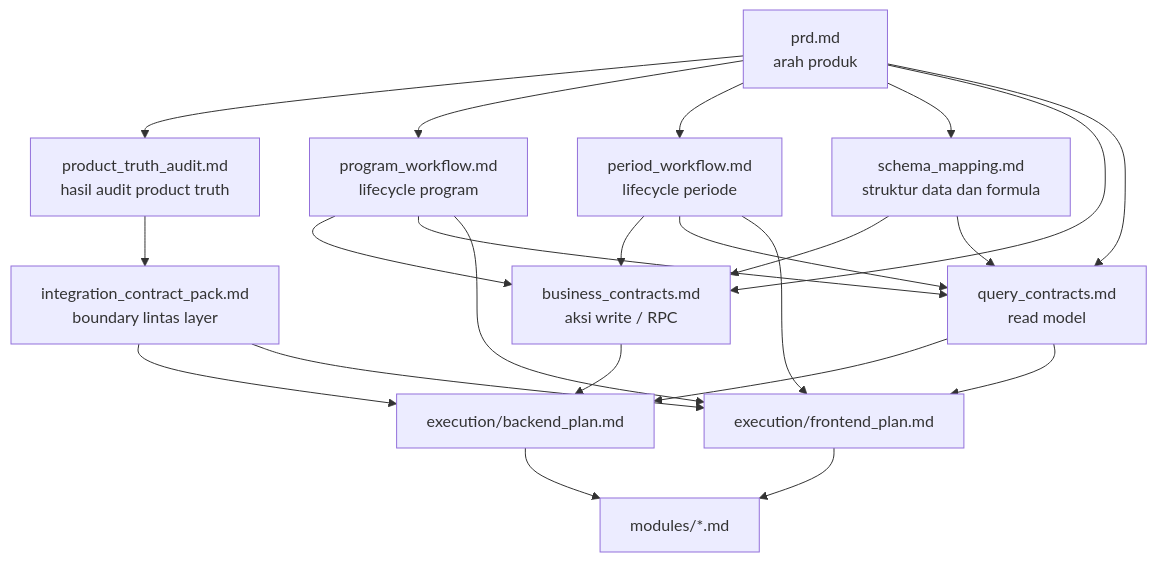
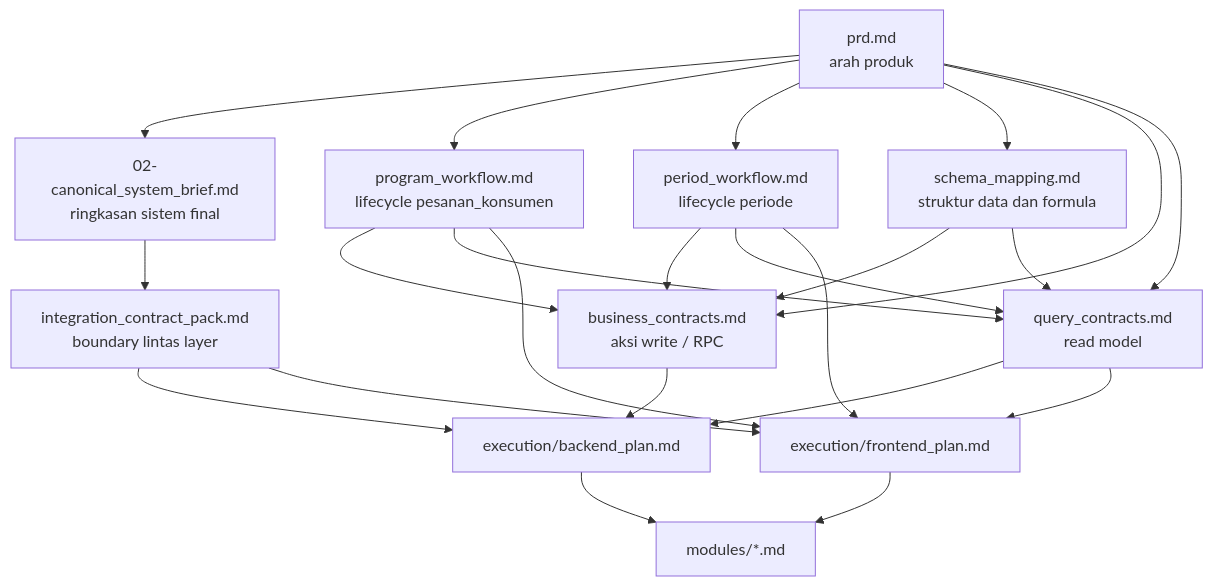
Before and after one commit to adehidayatcom/horizontal: the first of 5 diagrams in docs/truth/system_maps.md, drawn with Mermaid. The commit also changed other lines of this file and 39 other files, not shown here.

````diff
--- a/docs/truth/system_maps.md
+++ b/docs/truth/system_maps.md
@@ -48,29 +50,29 @@
 ```mermaid
 flowchart TD
-    PRD["prd.md<br/>arah produk"] --> AUDIT["product_truth_audit.md<br/>hasil audit product truth"]
-    PRD --> PROGRAM["program_workflow.md<br/>lifecycle program"]
+    PRD["prd.md<br/>arah produk"] --> BRIEF["02-canonical_system_brief.md<br/>ringkasan sistem final"]
+    PRD --> PESANAN["program_workflow.md<br/>lifecycle pesanan_konsumen"]
     PRD --> PERIODE["period_workflow.md<br/>lifecycle periode"]
     PRD --> SCHEMA["schema_mapping.md<br/>struktur data dan formula"]
     PRD --> BUSINESS["business_contracts.md<br/>aksi write / RPC"]
     PRD --> QUERY["query_contracts.md<br/>read model"]
 
-    AUDIT --> INTEGRATION["integration_contract_pack.md<br/>boundary lintas layer"]
-    PROGRAM --> BUSINESS
-    PROGRAM --> QUERY
+    BRIEF --> INTEGRATION["integration_contract_pack.md<br/>boundary lintas layer"]
+    PESANAN --> BUSINESS
+    PESANAN --> QUERY
     PERIODE --> BUSINESS
     PERIODE --> QUERY
     SCHEMA --> BUSINESS
     SCHEMA --> QUERY
 
     BUSINESS --> BACKEND["execution/backend_plan.md"]
     QUERY --> BACKEND
     INTEGRATION --> BACKEND
 
     INTEGRATION --> FRONTEND["execution/frontend_plan.md"]
     QUERY --> FRONTEND
-    PROGRAM --> FRONTEND
+    PESANAN --> FRONTEND
     PERIODE --> FRONTEND
 
     FRONTEND --> MODULES["modules/*.md"]
     BACKEND --> MODULES
 ```
````
